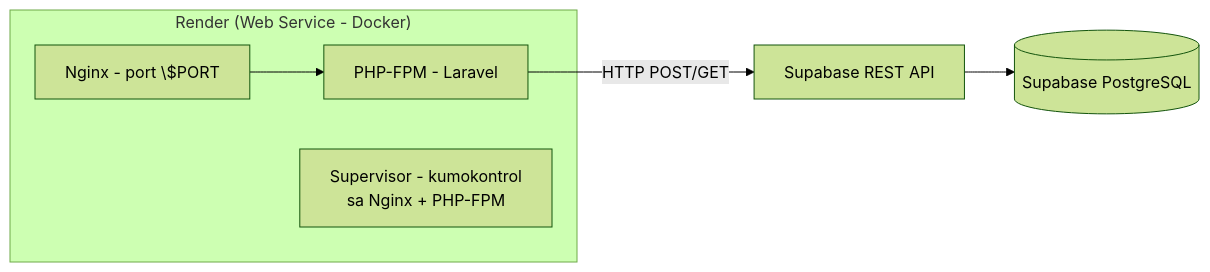
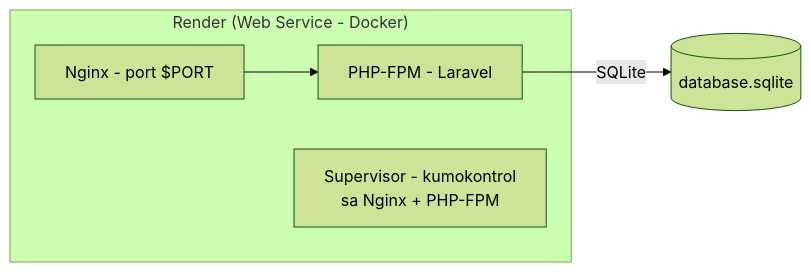
Before and after one commit to jerowm098/Smart-Stock: the diagram in DEPLOYMENT.md, drawn with Mermaid (forest theme). The commit also changed other lines of this file and 32 other files, not shown here.

````diff
--- a/DEPLOYMENT.md
+++ b/DEPLOYMENT.md
@@ -10,9 +10,8 @@
 ```mermaid
 flowchart LR
     subgraph "Render (Web Service - Docker)"
-        N[Nginx - port \$PORT] --> F[PHP-FPM - Laravel]
+        N[Nginx - port $PORT] --> F[PHP-FPM - Laravel]
         S[Supervisor - kumokontrol<br/>sa Nginx + PHP-FPM]
     end
-    F -->|HTTP POST/GET| SB[Supabase REST API]
-    SB --> P[(Supabase PostgreSQL)]
+    F -->|SQLite| DB[(database.sqlite)]
 ```
````
